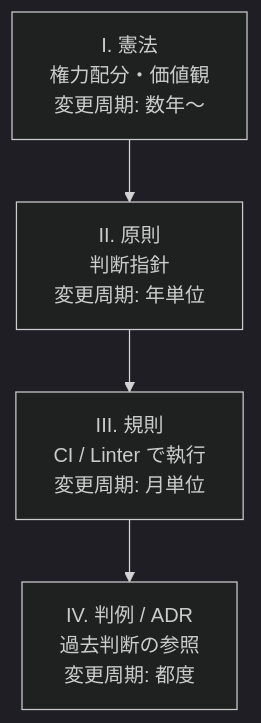
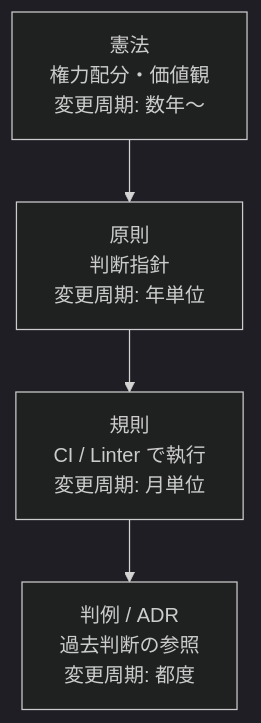
The fifth of 5 diagrams in apps/kosui-me/src/content/posts/2026-04-29-organizing-around-customer-value.mdx (iwasa-kosui/monorepo), drawn with Mermaid (dark theme) before and after one commit. The commit also changed other lines of this file, not shown here.

First line of the commit message:
refactor(kosui-me): 顧客価値起点の記事の因果ループ図を3段階に分割し変数記号を撤去

````diff
--- a/apps/kosui-me/src/content/posts/2026-04-29-organizing-around-customer-value.mdx
+++ b/apps/kosui-me/src/content/posts/2026-04-29-organizing-around-customer-value.mdx
@@ -84,8 +115,8 @@
 ```mermaid
 graph TD
-    I["I. 憲法<br/>権力配分・価値観<br/>変更周期: 数年〜"]
-    II["II. 原則<br/>判断指針<br/>変更周期: 年単位"]
-    III["III. 規則<br/>CI / Linter で執行<br/>変更周期: 月単位"]
-    IV["IV. 判例 / ADR<br/>過去判断の参照<br/>変更周期: 都度"]
-    I --> II --> III --> IV
+    A["憲法<br/>権力配分・価値観<br/>変更周期: 数年〜"]
+    B["原則<br/>判断指針<br/>変更周期: 年単位"]
+    C["規則<br/>CI / Linter で執行<br/>変更周期: 月単位"]
+    D["判例 / ADR<br/>過去判断の参照<br/>変更周期: 都度"]
+    A --> B --> C --> D
 ```
````
